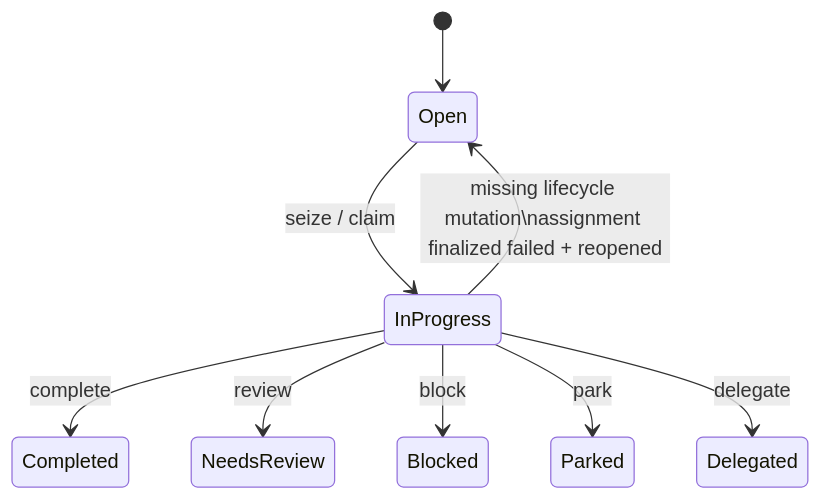
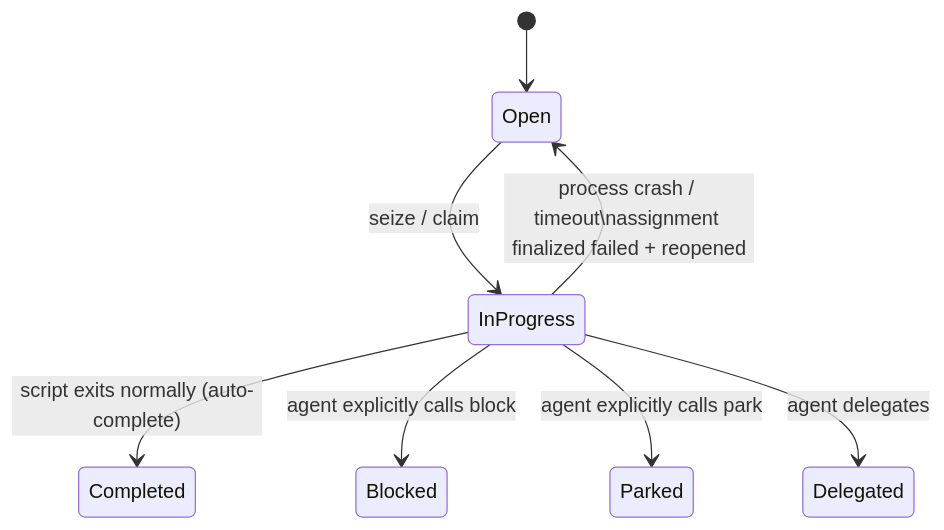
The fourth of 7 diagrams in docs/03_Operations/107_Task_Hub_And_Multi_Channel_Execution_Master_Reference_2026-03-31.md (Kjdragan/universal_agent), drawn with Mermaid before and after one commit. The commit also changed other lines of this file and 1 other file, not shown here.

Commit message:
fix(pipeline): unconditional auto-completion of todo_execution tasks upon natural exit

````diff
--- a/docs/03_Operations/107_Task_Hub_And_Multi_Channel_Execution_Master_Reference_2026-03-31.md
+++ b/docs/03_Operations/107_Task_Hub_And_Multi_Channel_Execution_Master_Reference_2026-03-31.md
@@ -438,11 +428,10 @@
 ```mermaid
 stateDiagram-v2
     [*] --> Open
     Open --> InProgress: seize / claim
-    InProgress --> Completed: complete
-    InProgress --> NeedsReview: review
-    InProgress --> Blocked: block
-    InProgress --> Parked: park
-    InProgress --> Delegated: delegate
-    InProgress --> Open: missing lifecycle mutation\nassignment finalized failed + reopened
+    InProgress --> Completed: script exits normally (auto-complete)
+    InProgress --> Blocked: agent explicitly calls block
+    InProgress --> Parked: agent explicitly calls park
+    InProgress --> Delegated: agent delegates
+    InProgress --> Open: process crash / timeout\nassignment finalized failed + reopened
 ```
````
